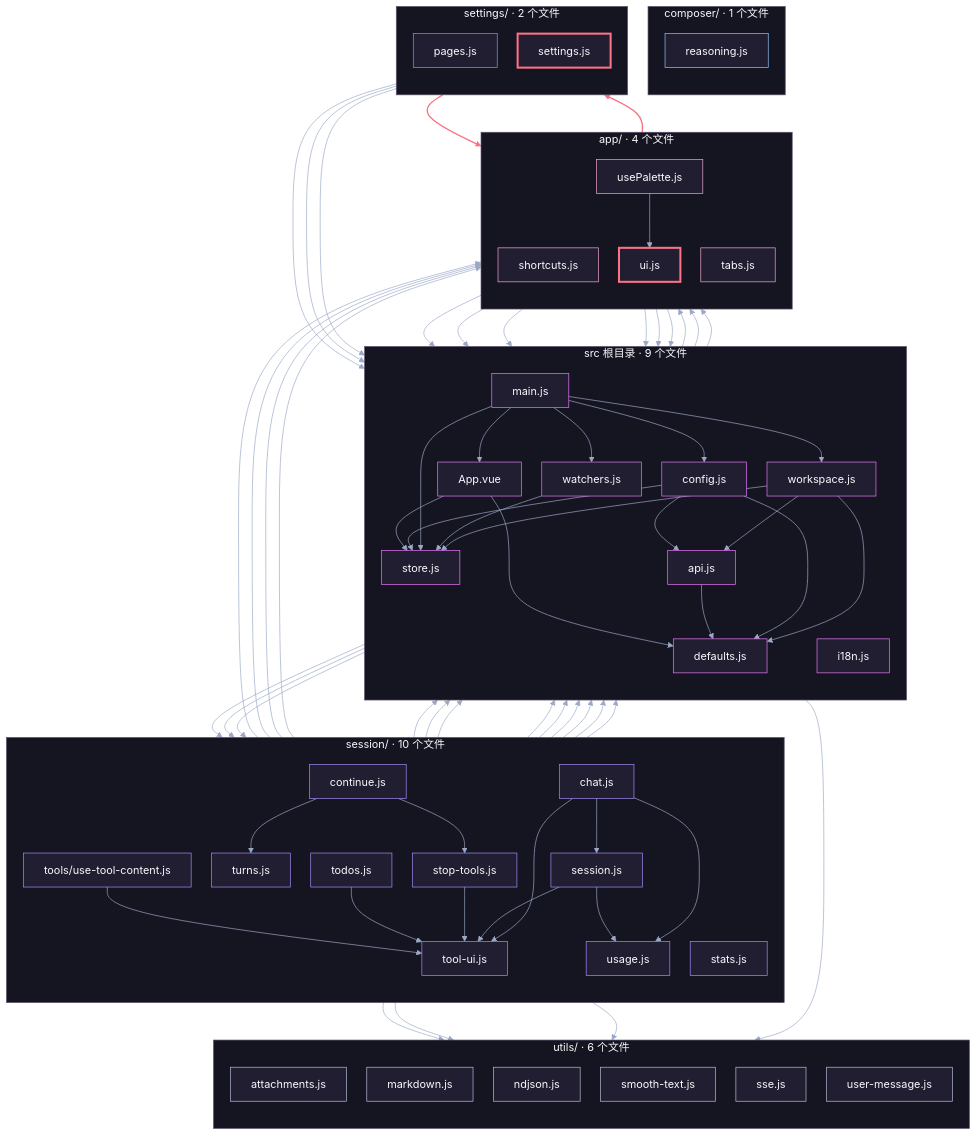
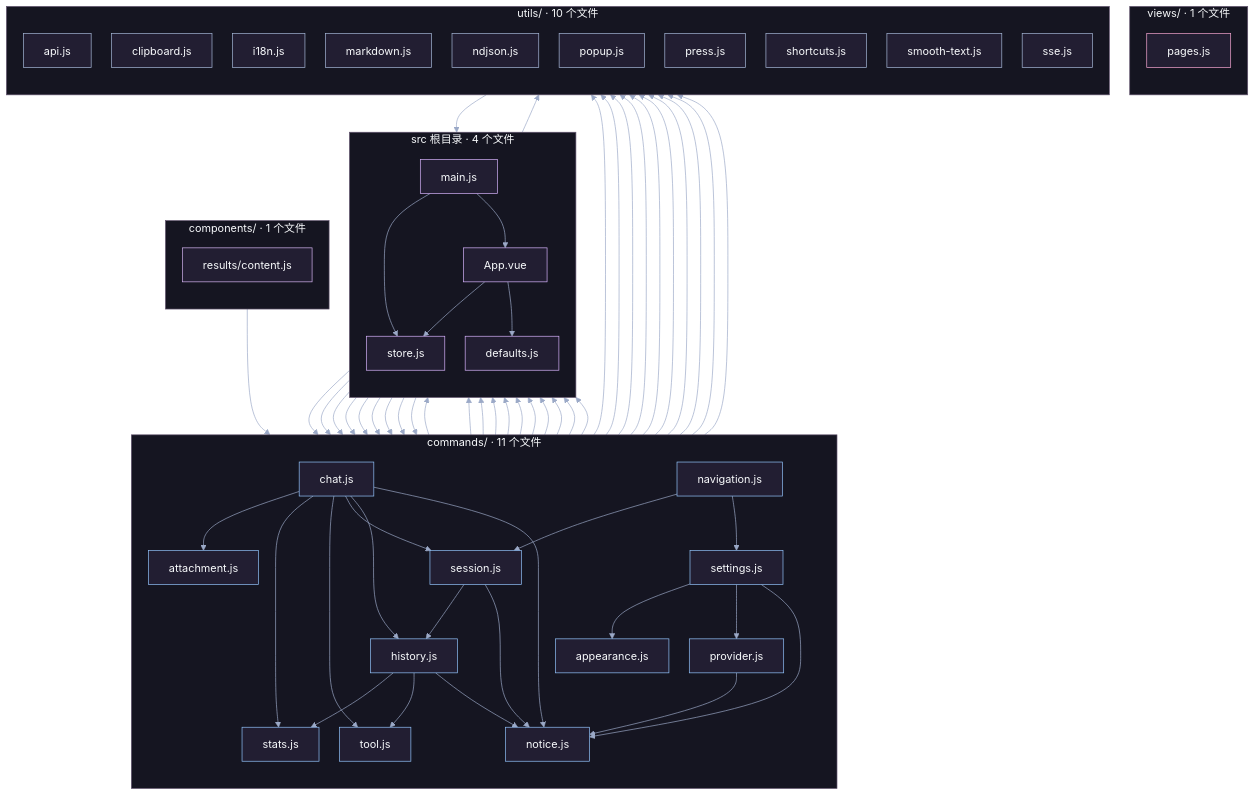
One commit to kernel4632/agent changed the diagram in docs/frontend-business.mmd. Above: the diagram before and after it, drawn with Mermaid. The commit also changed 27 other files, not shown here.

Commit message:
chore: 更新前端重构说明与实测结构图

```diff
--- a/docs/frontend-business.mmd
+++ b/docs/frontend-business.mmd
@@ -1,129 +1,109 @@
 %%{init: {"theme":"base","themeVariables":{"darkMode":true,"fontFamily":"system-ui, Microsoft YaHei, sans-serif","fontSize":"16px","background":"#0d0f16","primaryColor":"#241c35","primaryBorderColor":"#b5a4d5","primaryTextColor":"#f8fafc","secondaryColor":"#20253b","tertiaryColor":"#20253b","lineColor":"#9ba9c7","clusterBkg":"#151521","clusterBorder":"#60526d","edgeLabelBackground":"#171822","titleColor":"#f8fafc"},"flowchart":{"htmlLabels":false,"useMaxWidth":true,"nodeSpacing":30,"rankSpacing":55},"htmlLabels":false}}%%
 flowchart TB
 
-subgraph g_root["src 根目录 · 9 个文件"]
+subgraph g_root["src 根目录 · 4 个文件"]
 direction TB
 n_App_vue["App.vue"]
-n_api_js["api.js"]
-n_config_js["config.js"]
 n_defaults_js["defaults.js"]
-n_i18n_js["i18n.js"]
 n_main_js["main.js"]
 n_store_js["store.js"]
-n_watchers_js["watchers.js"]
-n_workspace_js["workspace.js"]
 end
-subgraph g_app["app/ · 4 个文件"]
+subgraph g_views["views/ · 1 个文件"]
 direction TB
-n_app_shortcuts_js["shortcuts.js"]
-n_app_tabs_js["tabs.js"]
-n_app_ui_js["ui.js"]
-n_app_usePalette_js["usePalette.js"]
+n_views_pages_js["pages.js"]
 end
-subgraph g_composer["composer/ · 1 个文件"]
+subgraph g_components["components/ · 1 个文件"]
 direction TB
-n_composer_reasoning_js["reasoning.js"]
+n_components_results_content_js["results/content.js"]
 end
-subgraph g_session["session/ · 10 个文件"]
+subgraph g_commands["commands/ · 11 个文件"]
 direction TB
-n_session_chat_js["chat.js"]
-n_session_continue_js["continue.js"]
-n_session_session_js["session.js"]
-n_session_stats_js["stats.js"]
-n_session_stop_tools_js["stop-tools.js"]
-n_session_todos_js["todos.js"]
-n_session_tool_ui_js["tool-ui.js"]
-n_session_tools_use_tool_content_js["tools/use-tool-content.js"]
-n_session_turns_js["turns.js"]
-n_session_usage_js["usage.js"]
+n_commands_appearance_js["appearance.js"]
+n_commands_attachment_js["attachment.js"]
+n_commands_chat_js["chat.js"]
+n_commands_history_js["history.js"]
+n_commands_navigation_js["navigation.js"]
+n_commands_notice_js["notice.js"]
+n_commands_provider_js["provider.js"]
+n_commands_session_js["session.js"]
+n_commands_settings_js["settings.js"]
+n_commands_stats_js["stats.js"]
+n_commands_tool_js["tool.js"]
 end
-subgraph g_settings["settings/ · 2 个文件"]
+subgraph g_utils["utils/ · 10 个文件"]
 direction TB
-n_settings_pages_js["pages.js"]
-n_settings_settings_js["settings.js"]
-end
-subgraph g_utils["utils/ · 6 个文件"]
-direction TB
-n_utils_attachments_js["attachments.js"]
+n_utils_api_js["api.js"]
+n_utils_clipboard_js["clipboard.js"]
+n_utils_i18n_js["i18n.js"]
 n_utils_markdown_js["markdown.js"]
 n_utils_ndjson_js["ndjson.js"]
+n_utils_popup_js["popup.js"]
+n_utils_press_js["press.js"]
+n_utils_shortcuts_js["shortcuts.js"]
 n_utils_smooth_text_js["smooth-text.js"]
 n_utils_sse_js["sse.js"]
-n_utils_user_message_js["user-message.js"]
 end
-n_App_vue --> n_app_usePalette_js
-n_App_vue --> n_app_shortcuts_js
+n_App_vue --> n_commands_navigation_js
+n_App_vue --> n_commands_notice_js
 n_App_vue --> n_store_js
-n_App_vue --> n_session_session_js
-n_App_vue --> n_session_chat_js
-n_App_vue --> n_app_ui_js
+n_App_vue --> n_utils_shortcuts_js
+n_App_vue --> n_commands_appearance_js
+n_App_vue --> n_commands_session_js
+n_App_vue --> n_commands_chat_js
 n_App_vue --> n_defaults_js
-n_App_vue --> n_utils_attachments_js
-n_api_js --> n_defaults_js
-n_app_tabs_js --> n_store_js
-n_app_tabs_js --> n_defaults_js
-n_app_ui_js --> n_store_js
-n_app_ui_js --> n_settings_settings_js
-n_app_ui_js --> n_config_js
-n_app_ui_js --> n_i18n_js
-n_app_usePalette_js --> n_store_js
-n_app_usePalette_js --> n_app_ui_js
-n_config_js --> n_api_js
-n_config_js --> n_store_js
-n_config_js --> n_defaults_js
+n_App_vue --> n_commands_attachment_js
+n_commands_chat_js --> n_commands_notice_js
+n_commands_chat_js --> n_utils_api_js
+n_commands_chat_js --> n_store_js
+n_commands_chat_js --> n_utils_sse_js
+n_commands_chat_js --> n_commands_history_js
+n_commands_chat_js --> n_commands_session_js
+n_commands_chat_js --> n_utils_i18n_js
+n_commands_chat_js --> n_commands_tool_js
+n_commands_chat_js --> n_commands_stats_js
+n_commands_chat_js --> n_commands_attachment_js
+n_commands_history_js --> n_utils_api_js
+n_commands_history_js --> n_store_js
+n_commands_history_js --> n_commands_notice_js
+n_commands_history_js --> n_utils_i18n_js
+n_commands_history_js --> n_commands_tool_js
+n_commands_history_js --> n_commands_stats_js
+n_commands_history_js --> n_defaults_js
+n_commands_navigation_js --> n_store_js
+n_commands_navigation_js --> n_commands_settings_js
+n_commands_navigation_js --> n_commands_session_js
+n_commands_notice_js --> n_store_js
+n_commands_provider_js --> n_utils_api_js
+n_commands_provider_js --> n_store_js
+n_commands_provider_js --> n_commands_notice_js
+n_commands_session_js --> n_commands_notice_js
+n_commands_session_js --> n_commands_history_js
+n_commands_session_js --> n_utils_api_js
+n_commands_session_js --> n_store_js
+n_commands_session_js --> n_utils_i18n_js
+n_commands_session_js --> n_defaults_js
+n_commands_settings_js --> n_utils_api_js
+n_commands_settings_js --> n_store_js
+n_commands_settings_js --> n_commands_notice_js
+n_commands_settings_js --> n_commands_provider_js
+n_commands_settings_js --> n_commands_appearance_js
+n_commands_settings_js --> n_defaults_js
+n_commands_tool_js --> n_store_js
+n_commands_tool_js --> n_utils_i18n_js
+n_components_results_content_js --> n_commands_tool_js
+n_main_js --> n_commands_settings_js
+n_main_js --> n_commands_session_js
+n_main_js --> n_commands_chat_js
 n_main_js --> n_App_vue
-n_main_js --> n_watchers_js
-n_main_js --> n_config_js
-n_main_js --> n_workspace_js
 n_main_js --> n_store_js
-n_session_chat_js --> n_api_js
-n_session_chat_js --> n_store_js
-n_session_chat_js --> n_utils_sse_js
-n_session_chat_js --> n_session_session_js
-n_session_chat_js --> n_app_tabs_js
-n_session_chat_js --> n_app_ui_js
-n_session_chat_js --> n_i18n_js
-n_session_chat_js --> n_session_tool_ui_js
-n_session_chat_js --> n_session_usage_js
-n_session_chat_js --> n_utils_attachments_js
-n_session_continue_js --> n_session_turns_js
-n_session_continue_js --> n_session_stop_tools_js
-n_session_session_js --> n_api_js
-n_session_session_js --> n_store_js
-n_session_session_js --> n_app_ui_js
-n_session_session_js --> n_app_tabs_js
-n_session_session_js --> n_i18n_js
-n_session_session_js --> n_session_tool_ui_js
-n_session_session_js --> n_session_usage_js
-n_session_session_js --> n_utils_user_message_js
-n_session_session_js --> n_defaults_js
-n_session_stop_tools_js --> n_session_tool_ui_js
-n_session_todos_js --> n_session_tool_ui_js
-n_session_tool_ui_js --> n_store_js
-n_session_tool_ui_js --> n_i18n_js
-n_session_tools_use_tool_content_js --> n_session_tool_ui_js
-n_settings_settings_js --> n_api_js
-n_settings_settings_js --> n_store_js
-n_settings_settings_js --> n_config_js
-n_settings_settings_js --> n_app_ui_js
-n_watchers_js --> n_store_js
-n_watchers_js --> n_session_chat_js
-n_workspace_js --> n_api_js
-n_workspace_js --> n_store_js
-n_workspace_js --> n_defaults_js
-classDef dir_root fill:#221e32,stroke:#e879f9,color:#f8fafc
-class n_App_vue,n_api_js,n_config_js,n_defaults_js,n_i18n_js,n_main_js,n_store_js,n_watchers_js,n_workspace_js dir_root
-classDef dir_app fill:#221e32,stroke:#f3a6ce,color:#f8fafc
-class n_app_shortcuts_js,n_app_tabs_js,n_app_ui_js,n_app_usePalette_js dir_app
-classDef dir_composer fill:#221e32,stroke:#93c5fd,color:#f8fafc
-class n_composer_reasoning_js dir_composer
-classDef dir_session fill:#221e32,stroke:#a78bfa,color:#f8fafc
-class n_session_chat_js,n_session_continue_js,n_session_session_js,n_session_stats_js,n_session_stop_tools_js,n_session_todos_js,n_session_tool_ui_js,n_session_tools_use_tool_content_js,n_session_turns_js,n_session_usage_js dir_session
-classDef dir_settings fill:#221e32,stroke:#60a5fa,color:#f8fafc
-class n_settings_pages_js,n_settings_settings_js dir_settings
-classDef dir_utils fill:#221e32,stroke:#b7bed8,color:#f8fafc
-class n_utils_attachments_js,n_utils_markdown_js,n_utils_ndjson_js,n_utils_smooth_text_js,n_utils_sse_js,n_utils_user_message_js dir_utils
-style n_app_ui_js stroke:#fb7185,stroke-width:3px
-style n_settings_settings_js stroke:#fb7185,stroke-width:3px
-linkStyle 12 stroke:#fb7185,stroke-width:2px
-linkStyle 54 stroke:#fb7185,stroke-width:2px
+n_utils_api_js --> n_defaults_js
+classDef dir_root fill:#221e32,stroke:#d8b4fe,color:#f8fafc
+class n_App_vue,n_defaults_js,n_main_js,n_store_js dir_root
+classDef dir_views fill:#221e32,stroke:#f9a8d4,color:#f8fafc
+class n_views_pages_js dir_views
+classDef dir_components fill:#221e32,stroke:#d6b5f2,color:#f8fafc
+class n_components_results_content_js dir_components
+classDef dir_commands fill:#221e32,stroke:#93c5fd,color:#f8fafc
+class n_commands_appearance_js,n_commands_attachment_js,n_commands_chat_js,n_commands_history_js,n_commands_navigation_js,n_commands_notice_js,n_commands_provider_js,n_commands_session_js,n_commands_settings_js,n_commands_stats_js,n_commands_tool_js dir_commands
+classDef dir_utils fill:#221e32,stroke:#a8bada,color:#f8fafc
+class n_utils_api_js,n_utils_clipboard_js,n_utils_i18n_js,n_utils_markdown_js,n_utils_ndjson_js,n_utils_popup_js,n_utils_press_js,n_utils_shortcuts_js,n_utils_smooth_text_js,n_utils_sse_js dir_utils
```
